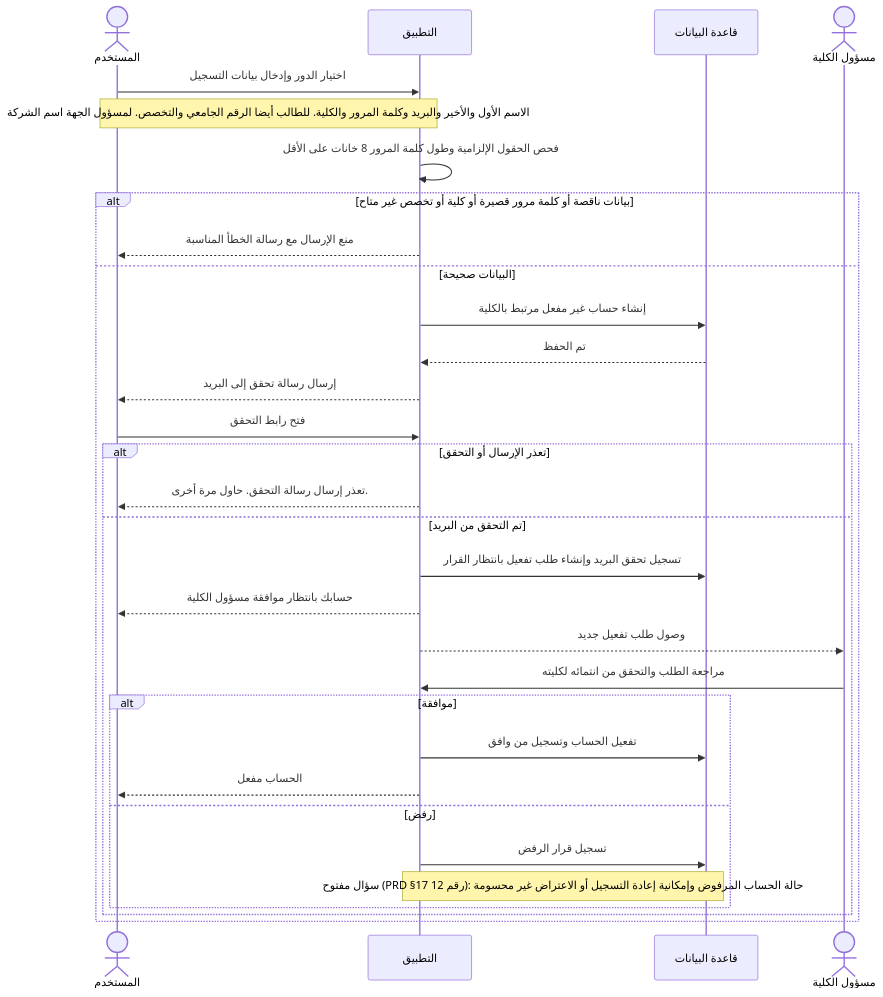
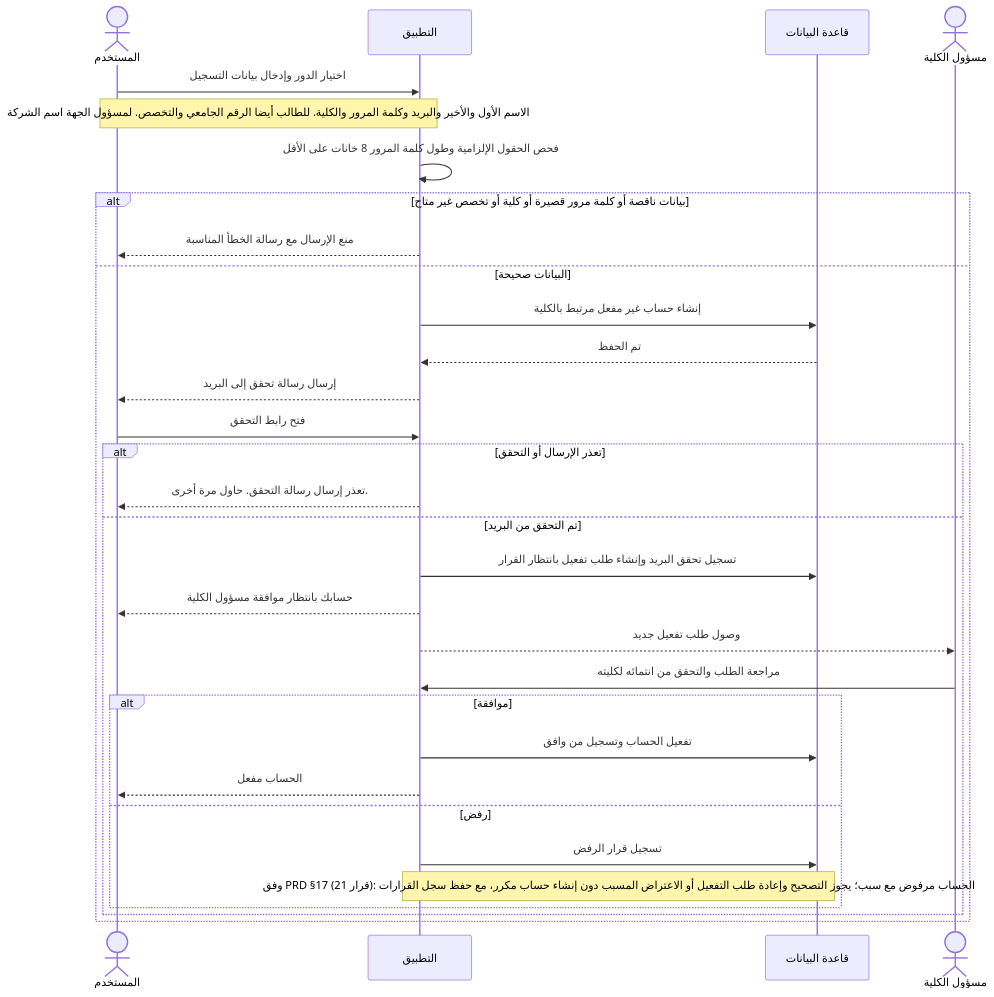
One commit to lamasaleh241-bit/university-field-training-management-system changed the first of 10 diagrams in docs/diagrams/sequence-diagrams.md. Above: the diagram before and after it, drawn with Mermaid. The commit also changed other lines of this file, not shown here.

Commit message:
docs: reconcile approved PRD decisions across project specifications

````diff
--- a/docs/diagrams/sequence-diagrams.md
+++ b/docs/diagrams/sequence-diagrams.md
@@ -19,37 +19,37 @@
 ```mermaid
 sequenceDiagram
     actor U as المستخدم
     participant A as التطبيق
     participant D as قاعدة البيانات
     actor CA as مسؤول الكلية
 
     U->>A: اختيار الدور وإدخال بيانات التسجيل
     Note over U,A: الاسم الأول والأخير والبريد وكلمة المرور والكلية. للطالب أيضا الرقم الجامعي والتخصص. لمسؤول الجهة اسم الشركة
     A->>A: فحص الحقول الإلزامية وطول كلمة المرور 8 خانات على الأقل
 
     alt بيانات ناقصة أو كلمة مرور قصيرة أو كلية أو تخصص غير متاح
         A-->>U: منع الإرسال مع رسالة الخطأ المناسبة
     else البيانات صحيحة
         A->>D: إنشاء حساب غير مفعل مرتبط بالكلية
         D-->>A: تم الحفظ
         A-->>U: إرسال رسالة تحقق إلى البريد
         U->>A: فتح رابط التحقق
 
         alt تعذر الإرسال أو التحقق
             A-->>U: تعذر إرسال رسالة التحقق. حاول مرة أخرى.
         else تم التحقق من البريد
             A->>D: تسجيل تحقق البريد وإنشاء طلب تفعيل بانتظار القرار
             A-->>U: حسابك بانتظار موافقة مسؤول الكلية
             A-->>CA: وصول طلب تفعيل جديد
             CA->>A: مراجعة الطلب والتحقق من انتمائه لكليته
 
             alt موافقة
                 A->>D: تفعيل الحساب وتسجيل من وافق
                 A-->>U: الحساب مفعل
             else رفض
                 A->>D: تسجيل قرار الرفض
-                Note over A,D: سؤال مفتوح (PRD §17 رقم 12): حالة الحساب المرفوض وإمكانية إعادة التسجيل أو الاعتراض غير محسومة
+                Note over A,D: وفق PRD §17 (قرار 21): الحساب مرفوض مع سبب؛ يجوز التصحيح وإعادة طلب التفعيل أو الاعتراض المسبب دون إنشاء حساب مكرر، مع حفظ سجل القرارات
             end
         end
     end
 ```
````
